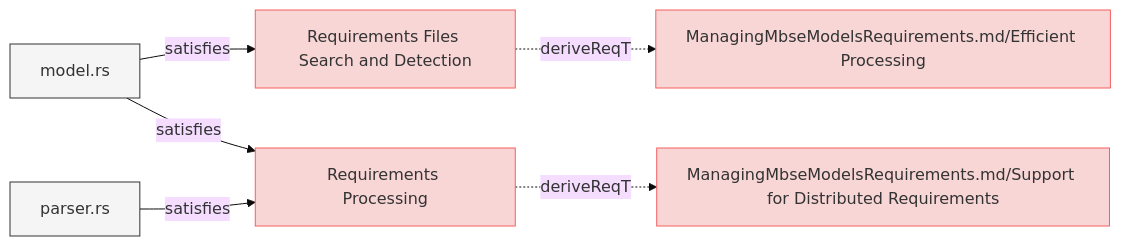
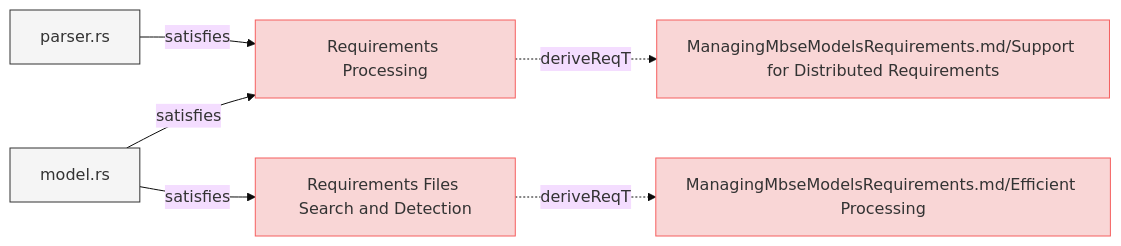
Before and after one commit to reqvire-org/reqvire: the fourth of 8 diagrams in specifications/SystemRequirements/Requirements.md, drawn with Mermaid (base theme). The commit also changed other lines of this file and 56 other files, not shown here.

````diff
--- a/specifications/SystemRequirements/Requirements.md
+++ b/specifications/SystemRequirements/Requirements.md
@@ -441,32 +441,32 @@
 ```mermaid
 graph LR;
   %% Graph styling
   classDef requirement fill:#f9d6d6,stroke:#f55f5f,stroke-width:1px;
   classDef verification fill:#d6f9d6,stroke:#5fd75f,stroke-width:1px;
   classDef externalLink fill:#d0e0ff,stroke:#3080ff,stroke-width:1px;
   classDef default fill:#f5f5f5,stroke:#333333,stroke-width:1px;
 
+  99bed90a0d96a1d2["Requirements Processing"];
+  click 99bed90a0d96a1d2 "https://github.com/ilijaljubicic/ReqFlow/blob/29a17f176519a28e973567d4102beb95f41075ed/specifications/SystemRequirements/Requirements.md#requirements-processing";
+  class 99bed90a0d96a1d2 requirement;
+  e7286123b1b97862["ManagingMbseModelsRequirements.md/Support for Distributed Requirements"];
+  class e7286123b1b97862 requirement;
+  click e7286123b1b97862 "https://github.com/ilijaljubicic/ReqFlow/blob/29a17f176519a28e973567d4102beb95f41075ed/specifications/ManagingMbseModelsRequirements.md#support-for-distributed-requirements";
+  99bed90a0d96a1d2 -.->|deriveReqT| e7286123b1b97862;
+  6136c216c9f80165["model.rs"];
+  class 6136c216c9f80165 default;
+  click 6136c216c9f80165 "https://github.com/ilijaljubicic/ReqFlow/blob/29a17f176519a28e973567d4102beb95f41075ed/core/src/model.rs";
+  6136c216c9f80165 -->|satisfies| 99bed90a0d96a1d2;
+  3b1e87396caf6495["parser.rs"];
+  class 3b1e87396caf6495 default;
+  click 3b1e87396caf6495 "https://github.com/ilijaljubicic/ReqFlow/blob/29a17f176519a28e973567d4102beb95f41075ed/core/src/parser.rs";
+  3b1e87396caf6495 -->|satisfies| 99bed90a0d96a1d2;
   2737f2d770aa0757["Requirements Files Search and Detection"];
-  click 2737f2d770aa0757 "https://github.com/ilijaljubicic/ReqFlow/blob/a94231473c9a4a56fe21608ebd13787e0cc3f2dc/specifications/SystemRequirements/Requirements.md#requirements-files-search-and-detection";
+  click 2737f2d770aa0757 "https://github.com/ilijaljubicic/ReqFlow/blob/29a17f176519a28e973567d4102beb95f41075ed/specifications/SystemRequirements/Requirements.md#requirements-files-search-and-detection";
   class 2737f2d770aa0757 requirement;
   21e4eb87cb55ea5e["ManagingMbseModelsRequirements.md/Efficient Processing"];
   class 21e4eb87cb55ea5e requirement;
-  click 21e4eb87cb55ea5e "https://github.com/ilijaljubicic/ReqFlow/blob/a94231473c9a4a56fe21608ebd13787e0cc3f2dc/specifications/ManagingMbseModelsRequirements.md#efficient-processing";
+  click 21e4eb87cb55ea5e "https://github.com/ilijaljubicic/ReqFlow/blob/29a17f176519a28e973567d4102beb95f41075ed/specifications/ManagingMbseModelsRequirements.md#efficient-processing";
   2737f2d770aa0757 -.->|deriveReqT| 21e4eb87cb55ea5e;
-  6136c216c9f80165["model.rs"];
-  class 6136c216c9f80165 default;
-  click 6136c216c9f80165 "https://github.com/ilijaljubicic/ReqFlow/blob/a94231473c9a4a56fe21608ebd13787e0cc3f2dc/core/src/model.rs";
   6136c216c9f80165 -->|satisfies| 2737f2d770aa0757;
-  99bed90a0d96a1d2["Requirements Processing"];
-  click 99bed90a0d96a1d2 "https://github.com/ilijaljubicic/ReqFlow/blob/a94231473c9a4a56fe21608ebd13787e0cc3f2dc/specifications/SystemRequirements/Requirements.md#requirements-processing";
-  class 99bed90a0d96a1d2 requirement;
-  e7286123b1b97862["ManagingMbseModelsRequirements.md/Support for Distributed Requirements"];
-  class e7286123b1b97862 requirement;
-  click e7286123b1b97862 "https://github.com/ilijaljubicic/ReqFlow/blob/a94231473c9a4a56fe21608ebd13787e0cc3f2dc/specifications/ManagingMbseModelsRequirements.md#support-for-distributed-requirements";
-  99bed90a0d96a1d2 -.->|deriveReqT| e7286123b1b97862;
-  6136c216c9f80165 -->|satisfies| 99bed90a0d96a1d2;
-  3b1e87396caf6495["parser.rs"];
-  class 3b1e87396caf6495 default;
-  click 3b1e87396caf6495 "https://github.com/ilijaljubicic/ReqFlow/blob/a94231473c9a4a56fe21608ebd13787e0cc3f2dc/core/src/parser.rs";
-  3b1e87396caf6495 -->|satisfies| 99bed90a0d96a1d2;
 ```
````
